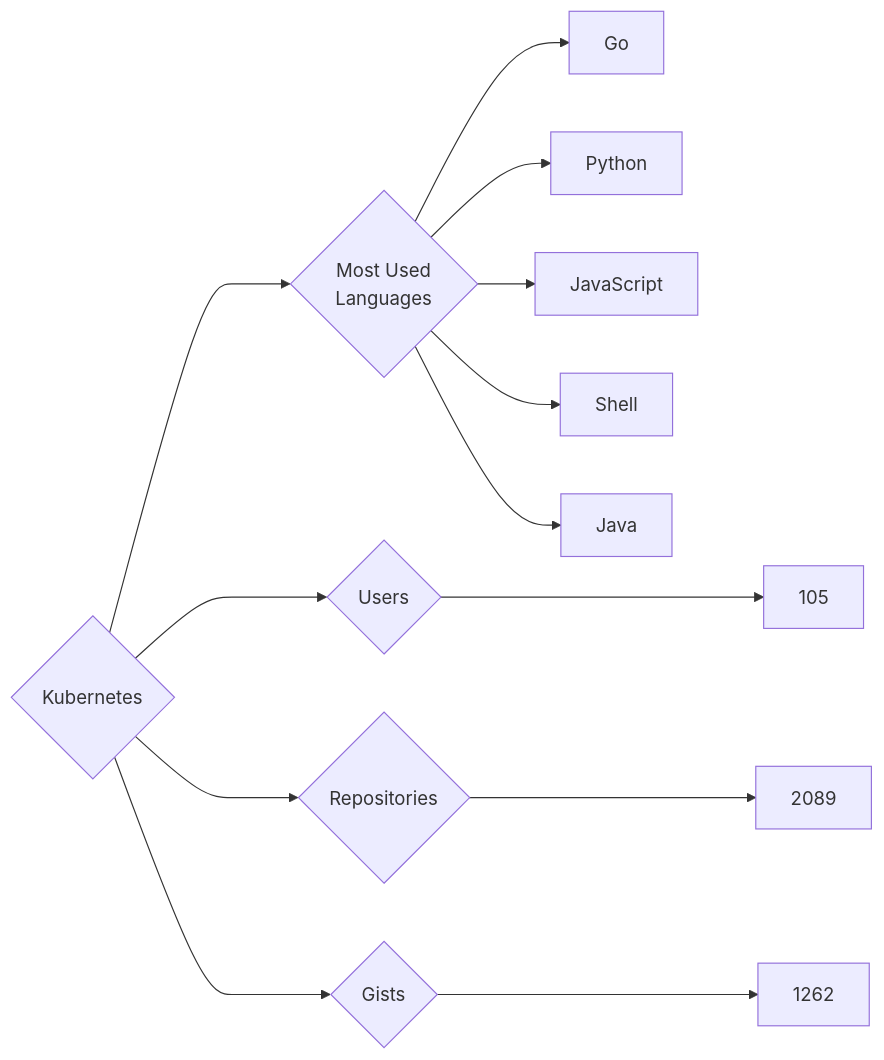
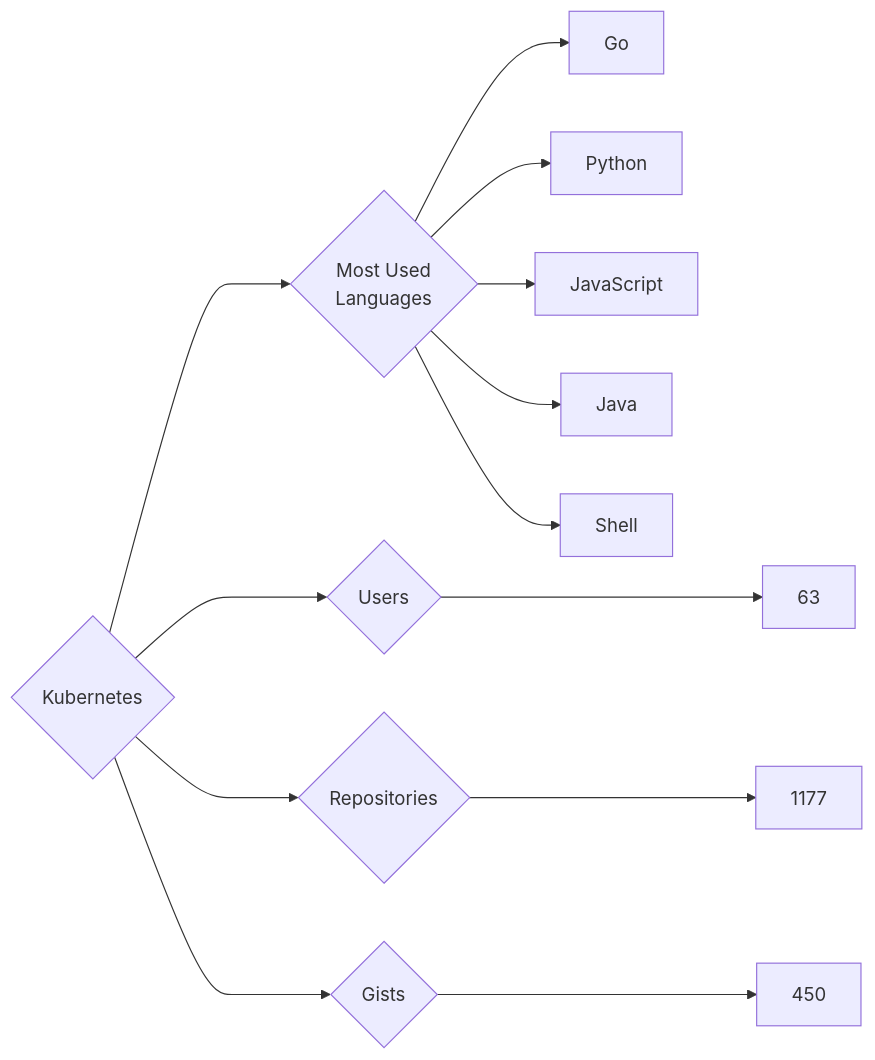
Before and after one commit to trickest/insiders: the diagram in targets/Kubernetes/README.md, drawn with Mermaid. The commit also changed 924 other files, not shown here.

````diff
--- a/targets/Kubernetes/README.md
+++ b/targets/Kubernetes/README.md
@@ -3,13 +3,13 @@
 ```mermaid
 graph LR
 COMPANY_NAME{Kubernetes}
-COMPANY_NAME ---> U{Users} ---> UN[105]
-COMPANY_NAME ---> R{Repositories} ---> RN[2089]
-COMPANY_NAME ---> G{Gists} ---> GN[1262]
+COMPANY_NAME ---> U{Users} ---> UN[63]
+COMPANY_NAME ---> R{Repositories} ---> RN[1177]
+COMPANY_NAME ---> G{Gists} ---> GN[450]
 COMPANY_NAME ---> ML{Most Used<br>Languages}
 ML --> Go[Go]
 ML --> Python[Python]
 ML --> JavaScript[JavaScript]
+ML --> Java[Java]
 ML --> Shell[Shell]
-ML --> Java[Java]
 ```
````
